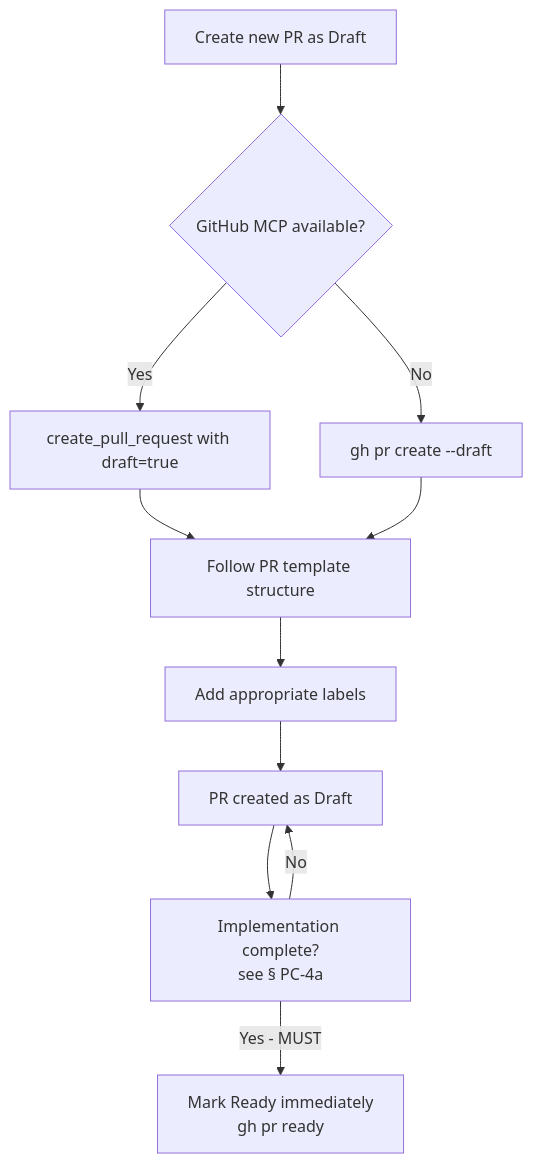
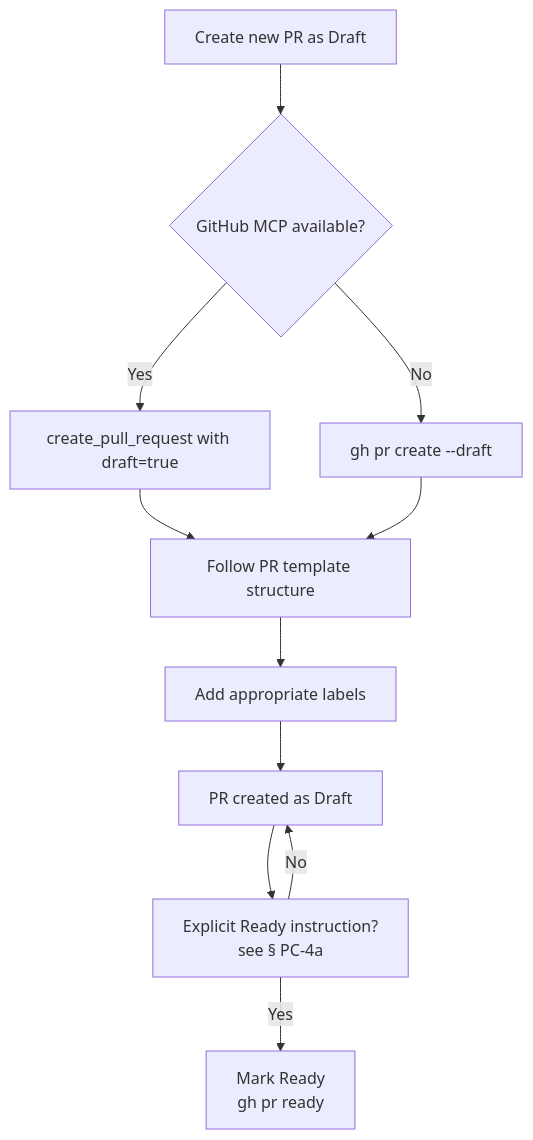
One commit to kent8192/reinhardt-cloud changed the first of 4 diagrams in instructions/PR_GUIDELINE.md. Above: the diagram before and after it, drawn with Mermaid. The commit also changed other lines of this file and 5 other files, not shown here.

````diff
--- a/instructions/PR_GUIDELINE.md
+++ b/instructions/PR_GUIDELINE.md
@@ -31,13 +31,13 @@
 ```mermaid
 flowchart TD
     A[Create new PR as Draft] --> B{GitHub MCP available?}
     B -->|Yes| C[create_pull_request with draft=true]
     B -->|No| D[gh pr create --draft]
     C --> E[Follow PR template structure]
     D --> E
     E --> F[Add appropriate labels]
     F --> G[PR created as Draft]
-    G --> H["Implementation complete?<br/>see § PC-4a"]
-    H -->|Yes - MUST| I[Mark Ready immediately<br/>gh pr ready]
+    G --> H["Explicit Ready instruction?<br/>see § PC-4a"]
+    H -->|Yes| I[Mark Ready<br/>gh pr ready]
     H -->|No| G
 ```
````
